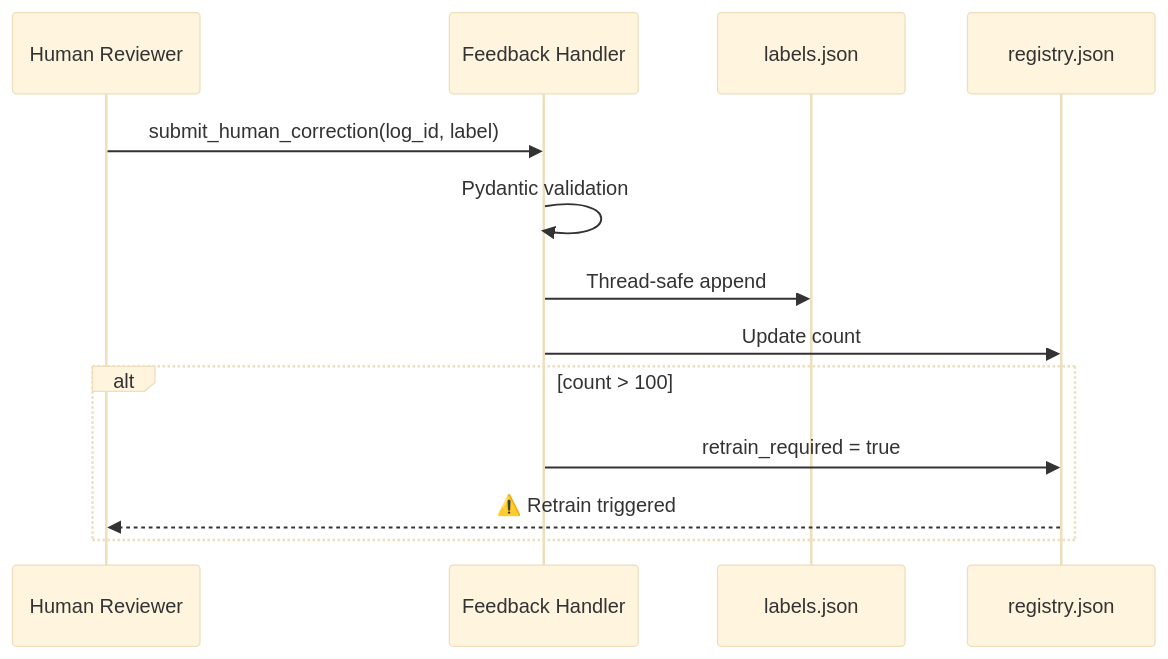
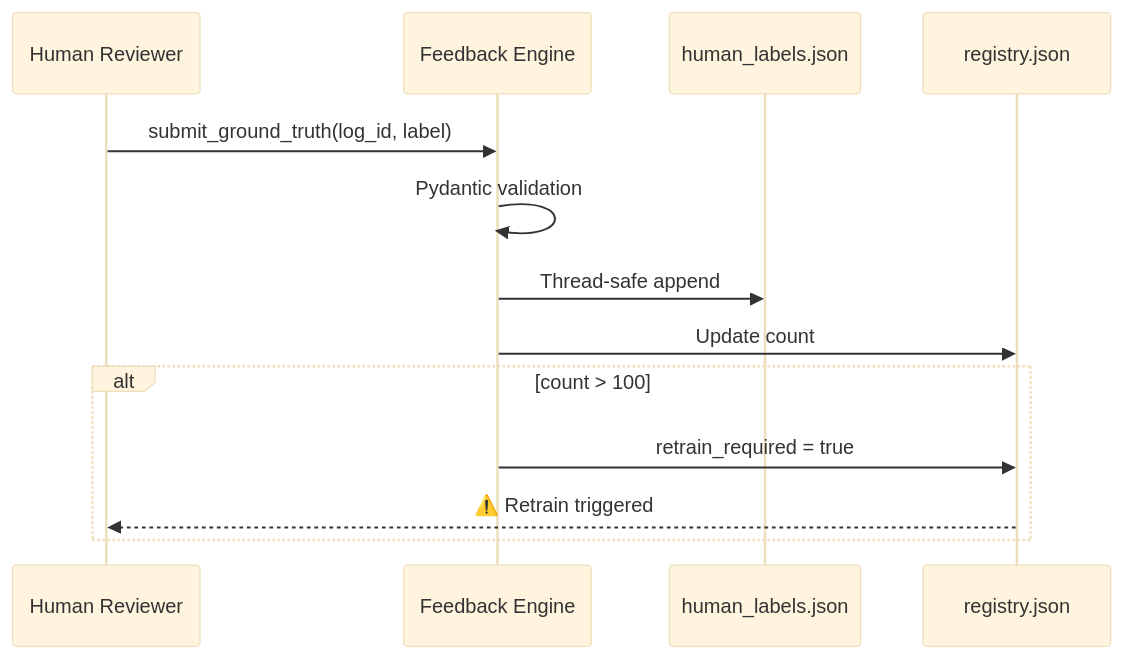
The third of 4 diagrams in SYSTEM_DESIGN.md (Anbu-00001/Sentinel-AIOps), drawn with Mermaid (base theme) before and after one commit. The commit also changed other lines of this file and 10 other files, not shown here.

````diff
--- a/SYSTEM_DESIGN.md
+++ b/SYSTEM_DESIGN.md
@@ -112,16 +112,16 @@
 ```mermaid
 sequenceDiagram
     participant User as Human Reviewer
-    participant FH as Feedback Handler
-    participant FS as labels.json
+    participant FE as Feedback Engine
+    participant FS as human_labels.json
     participant REG as registry.json
 
-    User->>FH: submit_human_correction(log_id, label)
-    FH->>FH: Pydantic validation
-    FH->>FS: Thread-safe append
-    FH->>REG: Update count
+    User->>FE: submit_ground_truth(log_id, label)
+    FE->>FE: Pydantic validation
+    FE->>FS: Thread-safe append
+    FE->>REG: Update count
     alt count > 100
-        FH->>REG: retrain_required = true
+        FE->>REG: retrain_required = true
         REG-->>User: ⚠️ Retrain triggered
     end
 ```
````
